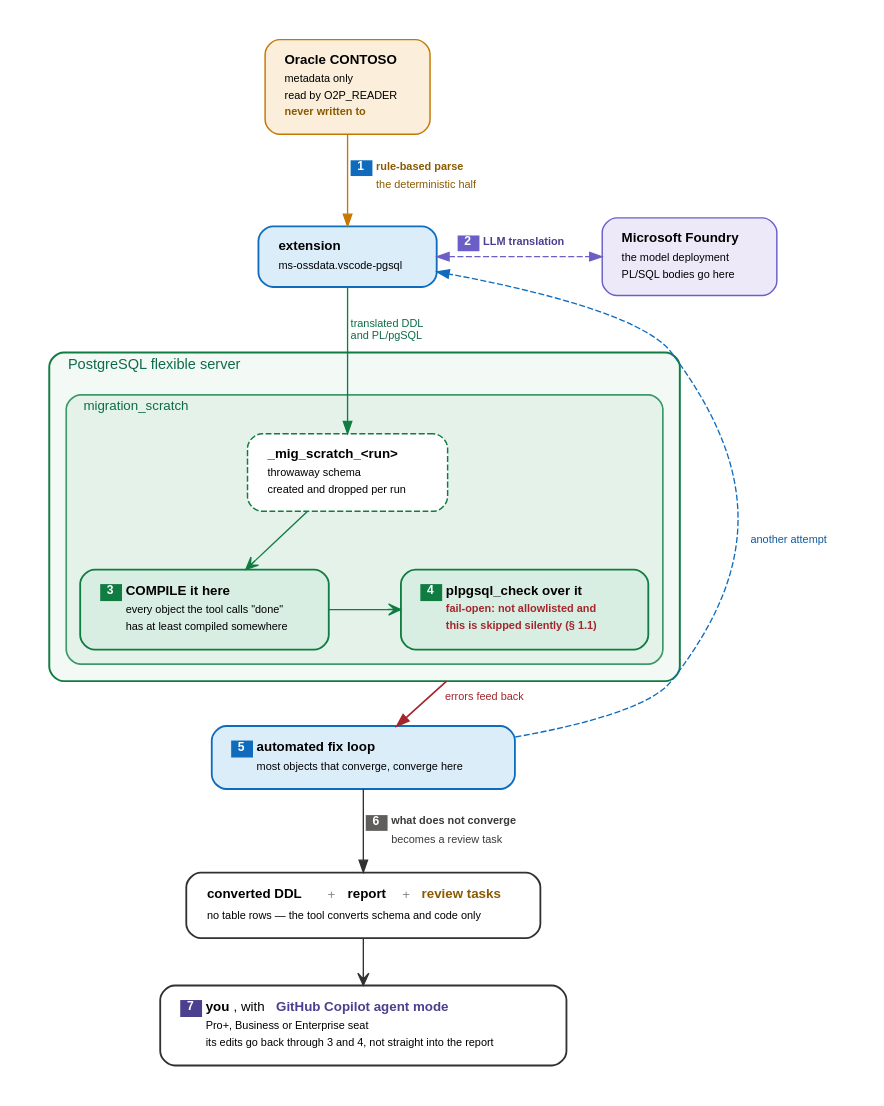
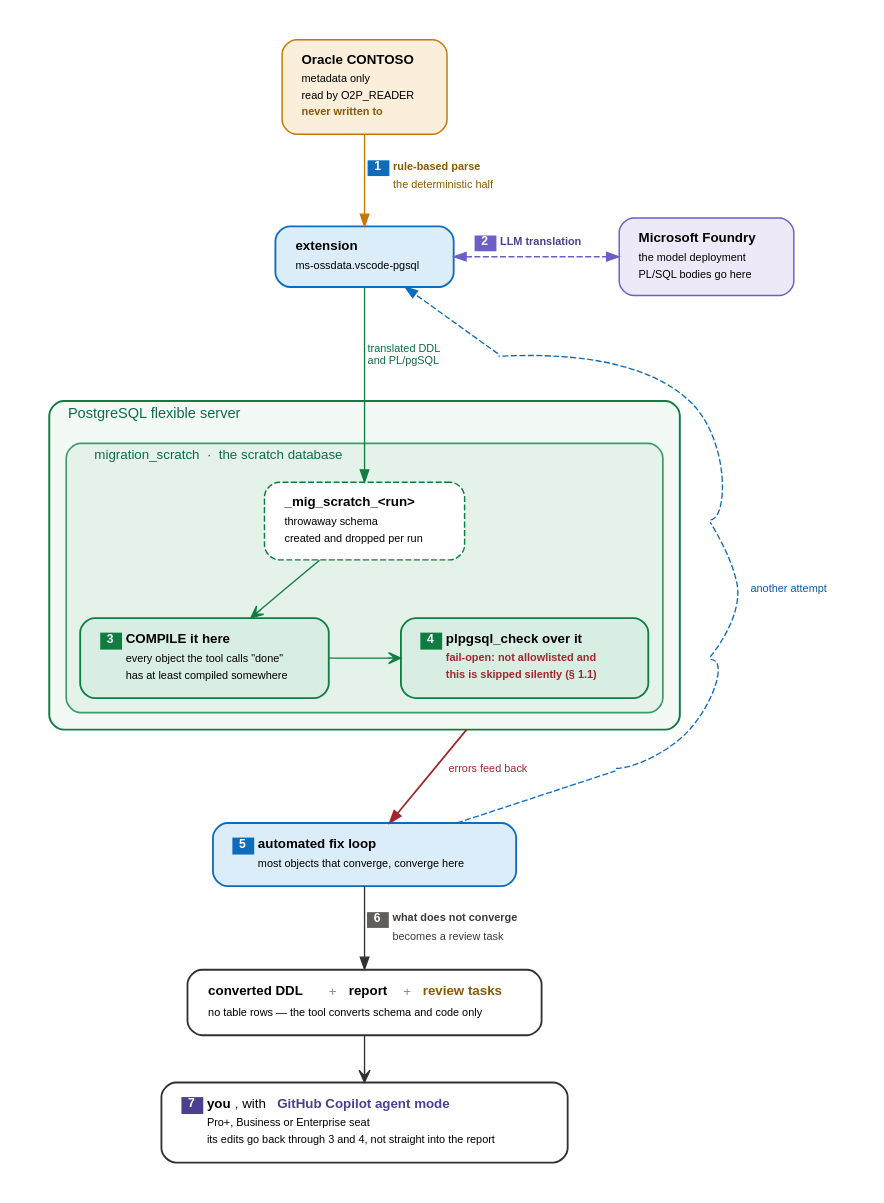
Before and after one commit to kloba/oracle-to-postgres-migration-lab: the diagram in docs/images/conversion-pipeline.dot, drawn with Graphviz. The commit also changed 6 other files, not shown here.

```diff
--- a/docs/images/conversion-pipeline.dot
+++ b/docs/images/conversion-pipeline.dot
@@ -75,7 +75,7 @@
     margin    = 14;
 
     subgraph cluster_scratch {
-      label     = "migration_scratch";
+      label     = "migration_scratch  ·  the scratch database";
       labeljust = "l";
       fontsize  = 11;
       fontcolor = "#0E6B47";
@@ -190,8 +190,28 @@
       </tr>
     </table>>];
 
-  extension -> mig [color="#107C41" fontcolor="#0E6B47"
+  // minlen=2 here and on check -> fixloop below opens one empty rank above the
+  // server box and one below it. Those two ranks are where w1 and w4 live, and
+  // they are the whole reason the retry edge can come back over the top of the
+  // box instead of through it - see the lane comment further down.
+  extension -> mig [color="#107C41" fontcolor="#0E6B47" minlen=2
                     label="  translated DDL\l  and PL/pgSQL\l"];
+
+  // A lane of invisible waypoints down the right-hand side. dot does not treat
+  // a cluster box as an obstacle when it routes splines, so a single
+  // fixloop -> extension edge is drawn straight through the corners of the
+  // PostgreSQL server - which reads as "the fix loop happens in the database",
+  // the one thing this page is trying not to say. Routing the edge through
+  // w4 -> w3 -> w2 -> w1 pins it outside the box. weight=0 keeps the lane out
+  // of the x-coordinate solver so steps 5, 6 and 7 stay on the centre spine.
+  w1 [shape=box label="" width=0.16 height=0.02 style=invis];
+  w2 [shape=box label="" width=0.16 height=0.02 style=invis];
+  w3 [shape=box label="" width=0.16 height=0.02 style=invis];
+  w4 [shape=box label="" width=0.16 height=0.02 style=invis];
+  foundry -> w1 [style=invis weight=0];
+  w1 -> w2      [style=invis weight=0];
+  w2 -> w3      [style=invis weight=0];
+  w3 -> w4      [style=invis weight=0];
 
   mig     -> compile [color="#107C41" arrowhead=vee];
   mig     -> check   [style=invis];
@@ -201,11 +221,15 @@
   // the cluster border; the invisible partner keeps step 5 centred under the
   // pair of steps that feed it rather than hanging off the right-hand one.
   check   -> fixloop [ltail=cluster_pg color="#A4262C" fontcolor="#A4262C"
-                      penwidth=1.4 label="  errors feed back  "];
+                      penwidth=1.4 minlen=2 label="  errors feed back  "];
   compile -> fixloop [style=invis];
 
-  fixloop -> extension [constraint=false style=dashed color="#0F6CBD"
-                        fontcolor="#0F5A9C" label="  another attempt  "];
+  fixloop -> w4 [constraint=false dir=none style=dashed color="#0F6CBD"];
+  w4 -> w3      [constraint=false dir=none style=dashed color="#0F6CBD"];
+  w3 -> w2      [constraint=false dir=none style=dashed color="#0F6CBD"
+                 fontcolor="#0F5A9C" label="  another attempt  "];
+  w2 -> w1      [constraint=false dir=none style=dashed color="#0F6CBD"];
+  w1 -> extension [constraint=false style=dashed color="#0F6CBD"];
 
   fixloop -> output [color="#323130" fontcolor="#3B3A39" label=<
     <table border="0" cellborder="0" cellspacing="2" cellpadding="1">
```
